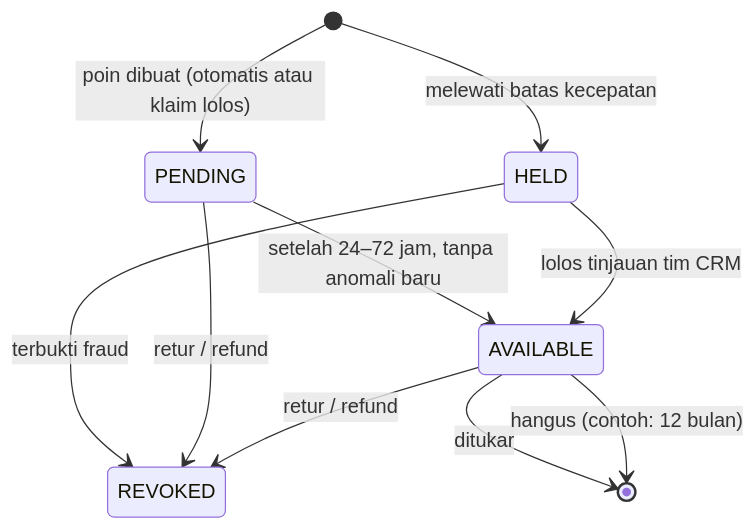
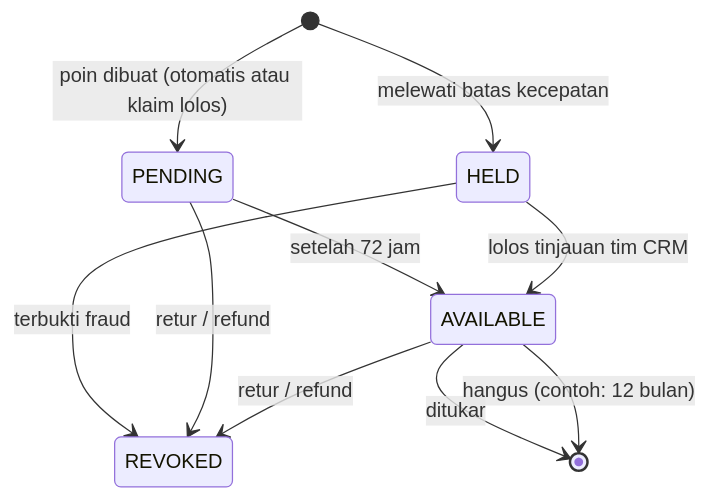
One commit to HafidhIrsyad/product-engineer-test changed the diagram in PRODUCT_DEFENSE.md. Above: the diagram before and after it, drawn with Mermaid. The commit also changed other lines of this file and 29 other files, not shown here.

````diff
--- a/PRODUCT_DEFENSE.md
+++ b/PRODUCT_DEFENSE.md
@@ -195,12 +195,12 @@
 ```mermaid
 stateDiagram-v2
     [*] --> PENDING : poin dibuat (otomatis atau klaim lolos)
     [*] --> HELD : melewati batas kecepatan
-    PENDING --> AVAILABLE : setelah 24–72 jam, tanpa anomali baru
+    PENDING --> AVAILABLE : setelah 72 jam
     HELD --> AVAILABLE : lolos tinjauan tim CRM
     HELD --> REVOKED : terbukti fraud
     PENDING --> REVOKED : retur / refund
     AVAILABLE --> REVOKED : retur / refund
     AVAILABLE --> [*] : ditukar
     AVAILABLE --> [*] : hangus (contoh: 12 bulan)
 ```
````
